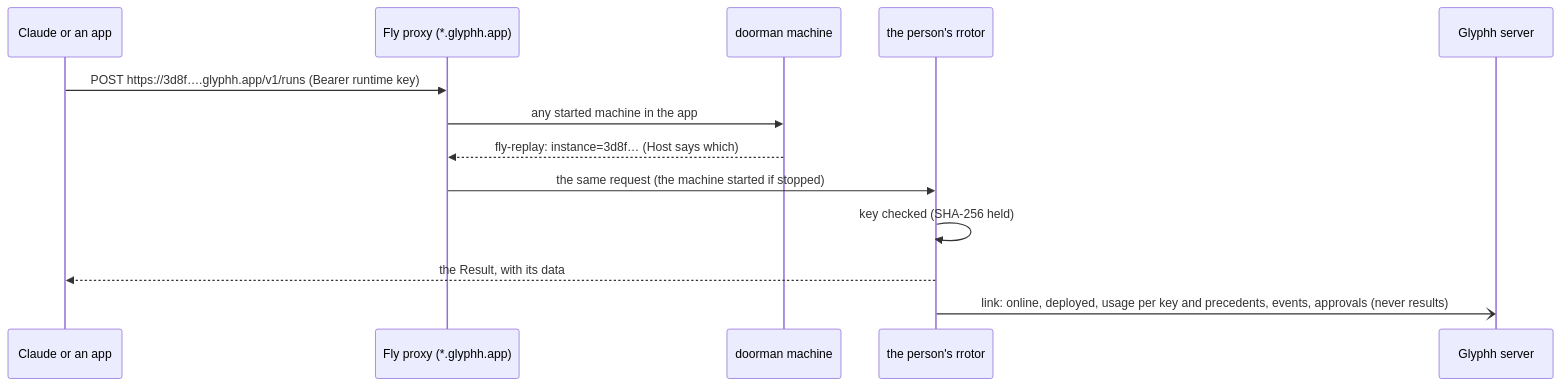
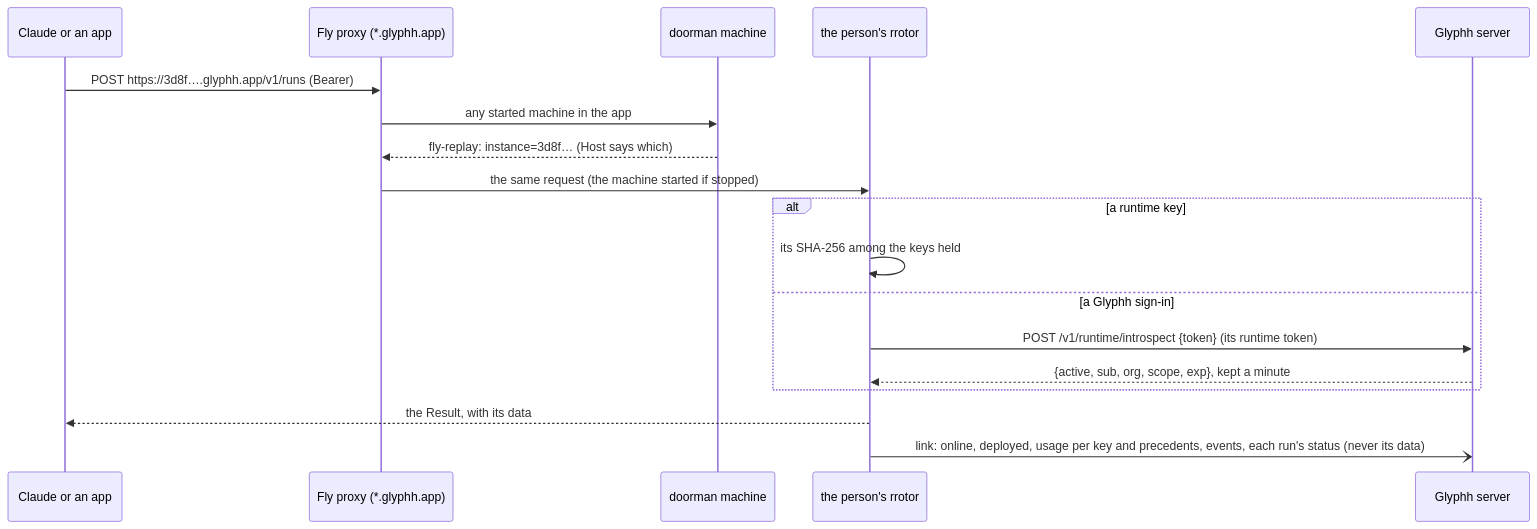
The third of 5 diagrams in docs/architecture.md (glyphh-ai/server), drawn with Mermaid before and after one commit. The commit also changed other lines of this file and 9 other files, not shown here.

First line of the commit message:
Docs: architecture.md checked against the code: every route, setting, table and flow as built; roadmap.md folded into its Not built yet

````diff
--- a/docs/architecture.md
+++ b/docs/architecture.md
@@ -205,15 +248,20 @@
 ```mermaid
 sequenceDiagram
     participant C as Claude or an app
     participant F as Fly proxy (*.glyphh.app)
     participant D as doorman machine
     participant R as the person's rrotor
     participant G as Glyphh server
-    C->>F: POST https://3d8f….glyphh.app/v1/runs (Bearer runtime key)
+    C->>F: POST https://3d8f….glyphh.app/v1/runs (Bearer)
     F->>D: any started machine in the app
     D-->>F: fly-replay#58; instance=3d8f… (Host says which)
     F->>R: the same request (the machine started if stopped)
-    R->>R: key checked (SHA-256 held)
+    alt a runtime key
+        R->>R: its SHA-256 among the keys held
+    else a Glyphh sign-in
+        R->>G: POST /v1/runtime/introspect {token} (its runtime token)
+        G-->>R: {active, sub, org, scope, exp}, kept a minute
+    end
     R-->>C: the Result, with its data
-    R-)G: link#58; online, deployed, usage per key and precedents, events, approvals (never results)
+    R-)G: link#58; online, deployed, usage per key and precedents, events, each run's status (never its data)
 ```
````
